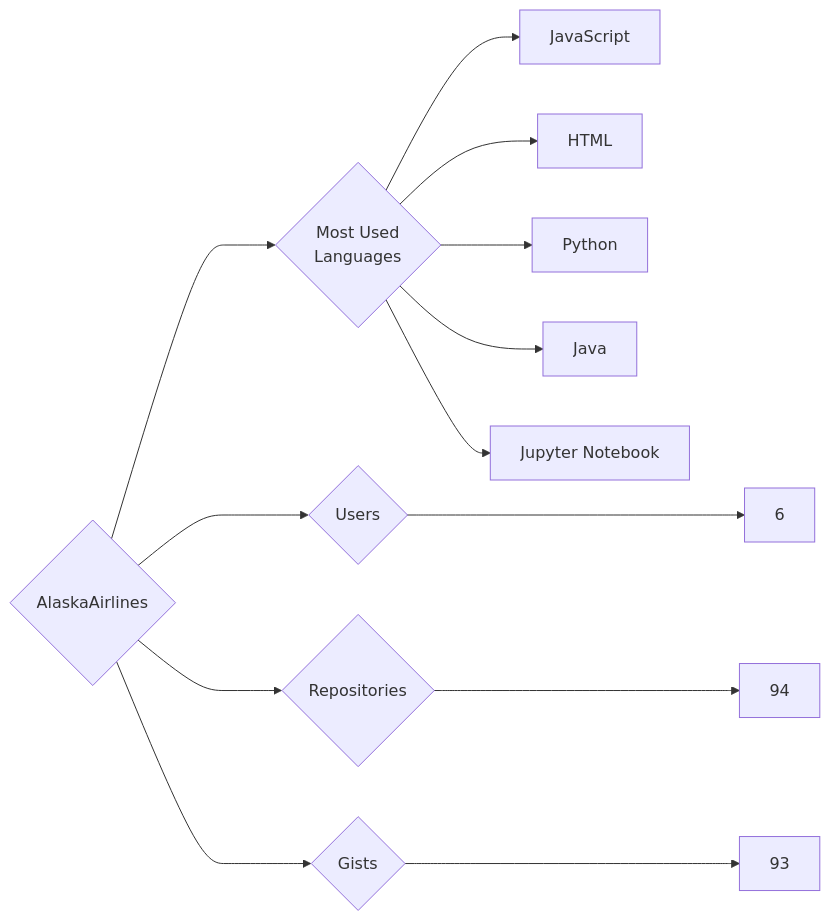
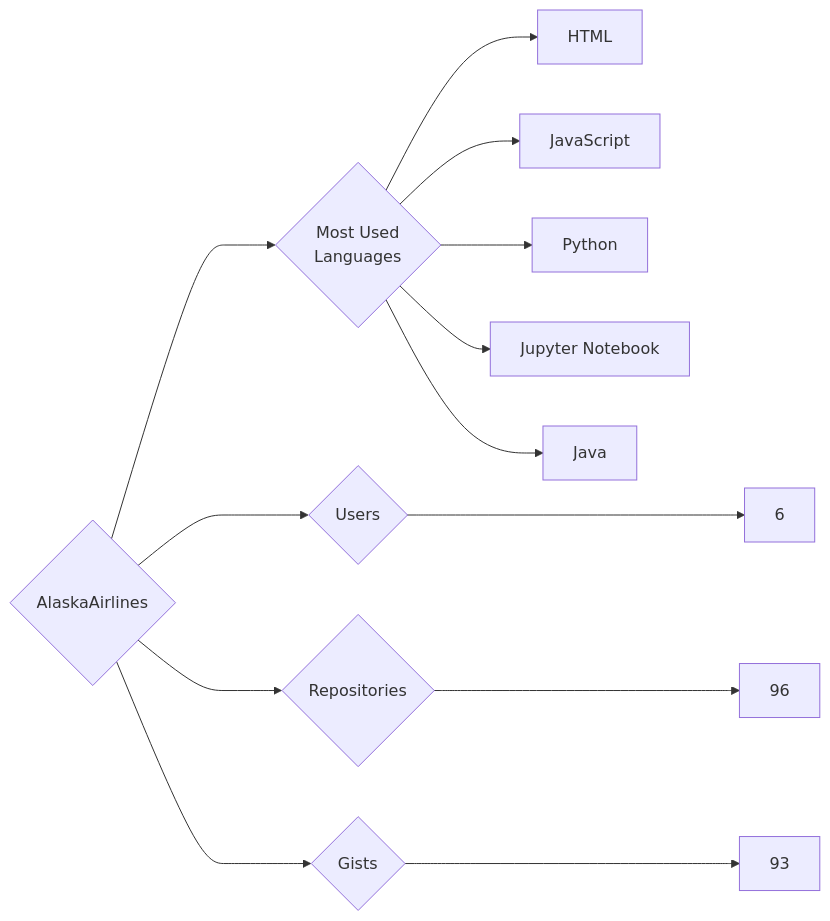
One commit to trickest/insiders changed the diagram in targets/AlaskaAirlines/README.md. Above: the diagram before and after it, drawn with Mermaid. The commit also changed 1055 other files, not shown here.

````diff
--- a/targets/AlaskaAirlines/README.md
+++ b/targets/AlaskaAirlines/README.md
@@ -3,13 +3,13 @@
 ```mermaid
 graph LR
 COMPANY_NAME{AlaskaAirlines}
 COMPANY_NAME ---> U{Users} ---> UN[6]
-COMPANY_NAME ---> R{Repositories} ---> RN[94]
+COMPANY_NAME ---> R{Repositories} ---> RN[96]
 COMPANY_NAME ---> G{Gists} ---> GN[93]
 COMPANY_NAME ---> ML{Most Used<br>Languages}
+ML --> HTML[HTML]
 ML --> JavaScript[JavaScript]
-ML --> HTML[HTML]
 ML --> Python[Python]
+ML --> Jupyter_Notebook[Jupyter Notebook]
 ML --> Java[Java]
-ML --> Jupyter_Notebook[Jupyter Notebook]
 ```
````
